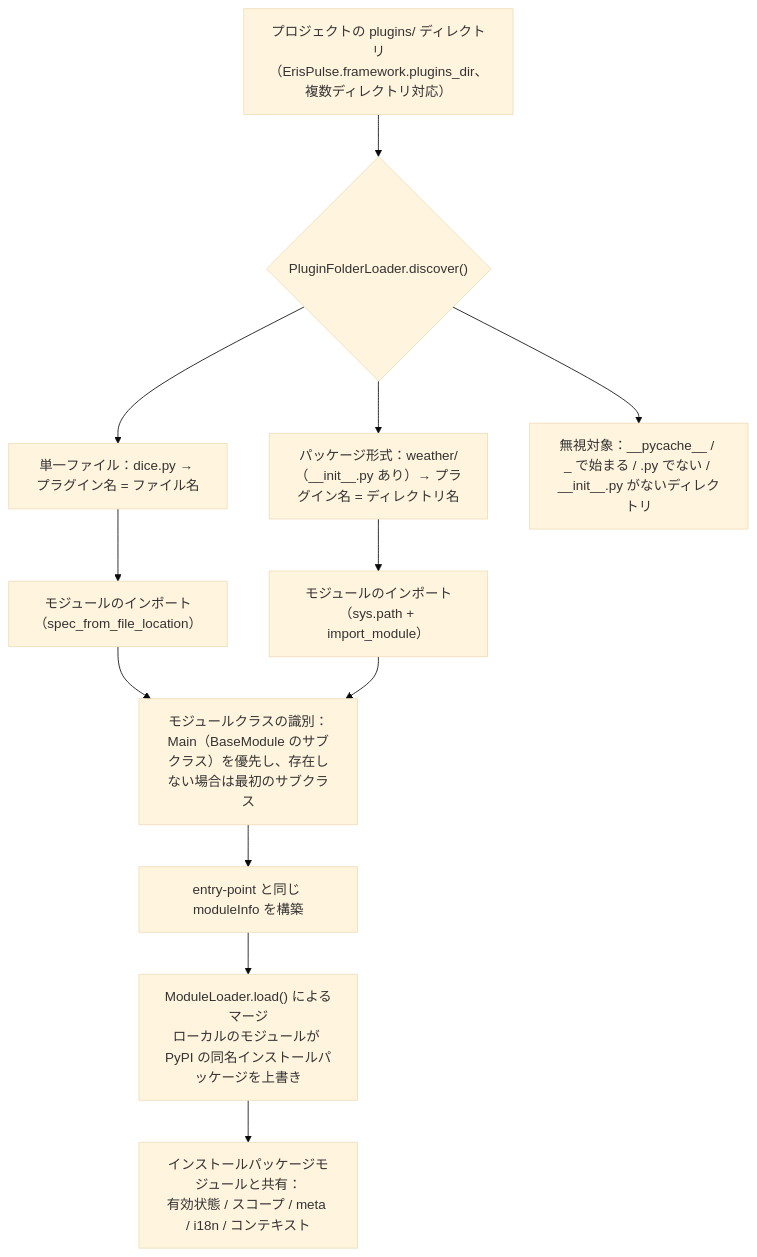
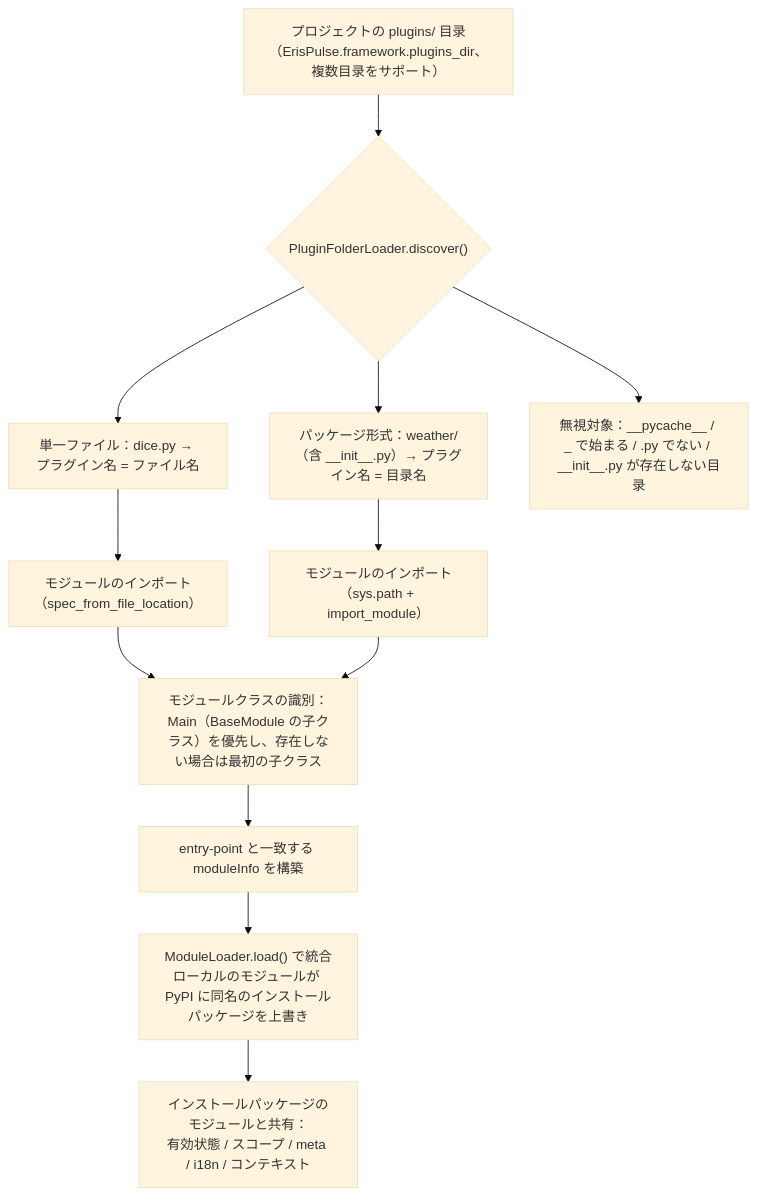
Before and after one commit to ErisPulse/ErisPulse: the seventh of 8 diagrams in docs/ja/architecture.md, drawn with Mermaid (base theme). The commit also changed other lines of this file and 127 other files, not shown here.

````diff
--- a/docs/ja/architecture.md
+++ b/docs/ja/architecture.md
@@ -240,14 +215,14 @@
 ```mermaid
 flowchart TD
-    A["プロジェクトの plugins/ ディレクトリ<br/>（ErisPulse.framework.plugins_dir、複数ディレクトリ対応）"] --> B{"PluginFolderLoader.discover()"}
+    A["プロジェクトの plugins/ 目录<br/>（ErisPulse.framework.plugins_dir、複数目录をサポート）"] --> B{"PluginFolderLoader.discover()"}
     B --> C["単一ファイル：dice.py → プラグイン名 = ファイル名"]
-    B --> D["パッケージ形式：weather/（__init__.py あり）→ プラグイン名 = ディレクトリ名"]
-    B --> E["無視対象：__pycache__ / _ で始まる / .py でない / __init__.py がないディレクトリ"]
+    B --> D["パッケージ形式：weather/（含 __init__.py）→ プラグイン名 = 目录名"]
+    B --> E["無視対象：__pycache__ / _ で始まる / .py でない / __init__.py が存在しない目录"]
     C --> F["モジュールのインポート（spec_from_file_location）"]
     D --> G["モジュールのインポート（sys.path + import_module）"]
-    F --> H["モジュールクラスの識別：Main（BaseModule のサブクラス）を優先し、存在しない場合は最初のサブクラス"]
+    F --> H["モジュールクラスの識別：Main（BaseModule の子クラス）を優先し、存在しない場合は最初の子クラス"]
     G --> H
-    H --> I["entry-point と同じ moduleInfo を構築"]
-    I --> J["ModuleLoader.load() によるマージ<br/>ローカルのモジュールが PyPI の同名インストールパッケージを上書き"]
-    J --> K["インストールパッケージモジュールと共有：<br/>有効状態 / スコープ / meta / i18n / コンテキスト"]
+    H --> I["entry-point と一致する moduleInfo を構築"]
+    I --> J["ModuleLoader.load() で統合<br/>ローカルのモジュールが PyPI に同名のインストールパッケージを上書き"]
+    J --> K["インストールパッケージのモジュールと共有：<br/>有効状態 / スコープ / meta / i18n / コンテキスト"]
 ```
````
